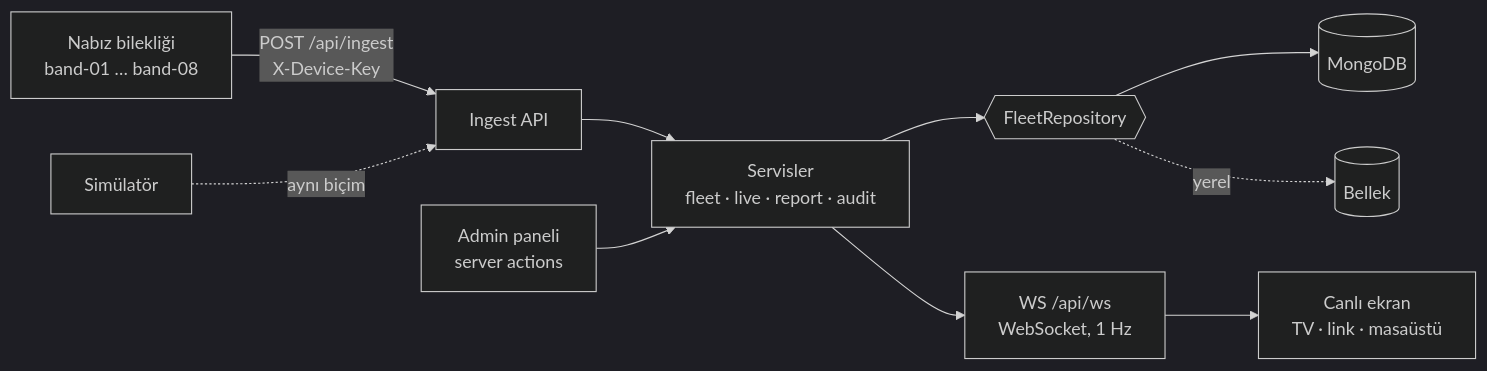
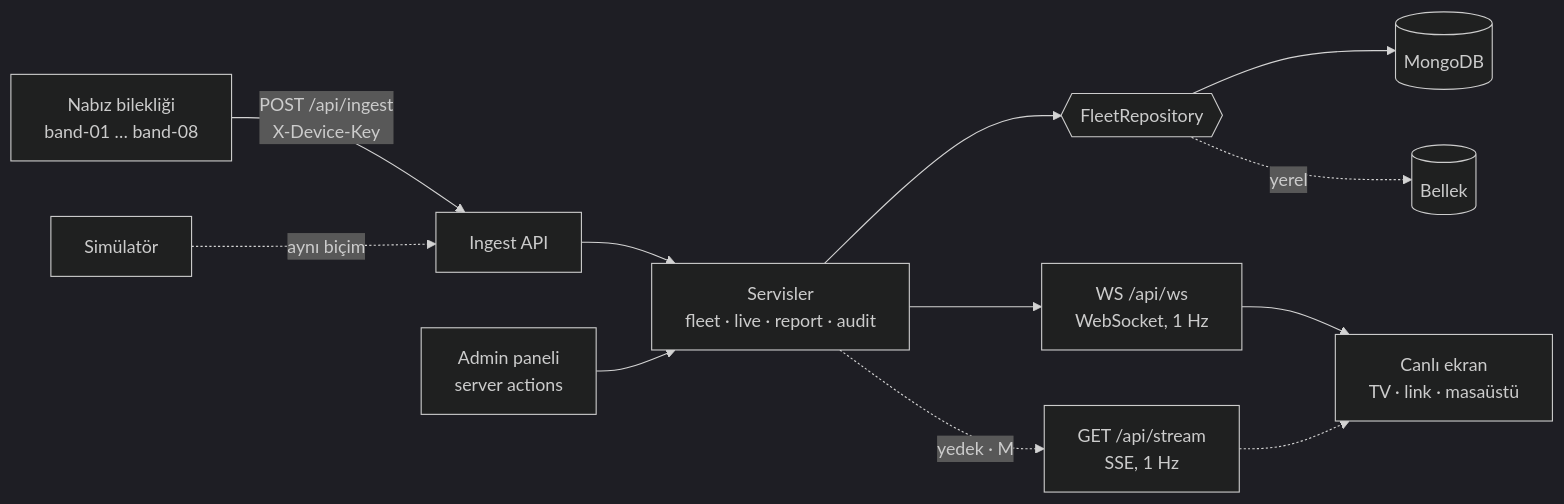
The diagram in README.md (yigitoo/mercedes-amg), drawn with Mermaid (dark theme) before and after one commit. The commit also changed other lines of this file and 9 other files, not shown here.

````diff
--- a/README.md
+++ b/README.md
@@ -117,12 +117,14 @@
 ```mermaid
 flowchart LR
   band["Nabız bilekliği<br/>band-01 … band-08"] -- "POST /api/ingest<br/>X-Device-Key" --> ingest["Ingest API"]
   sim["Simülatör"] -. aynı biçim .-> ingest
   ingest --> svc["Servisler<br/>fleet · live · report · audit"]
   admin["Admin paneli<br/>server actions"] --> svc
   svc --> repo{{"FleetRepository"}}
   repo --> mongo[("MongoDB")]
   repo -. yerel .-> mem[("Bellek")]
   svc --> ws["WS /api/ws<br/>WebSocket, 1 Hz"]
+  svc -. "yedek · M" .-> stream["GET /api/stream<br/>SSE, 1 Hz"]
   ws --> tv["Canlı ekran<br/>TV · link · masaüstü"]
+  stream -.-> tv
 ```
````
